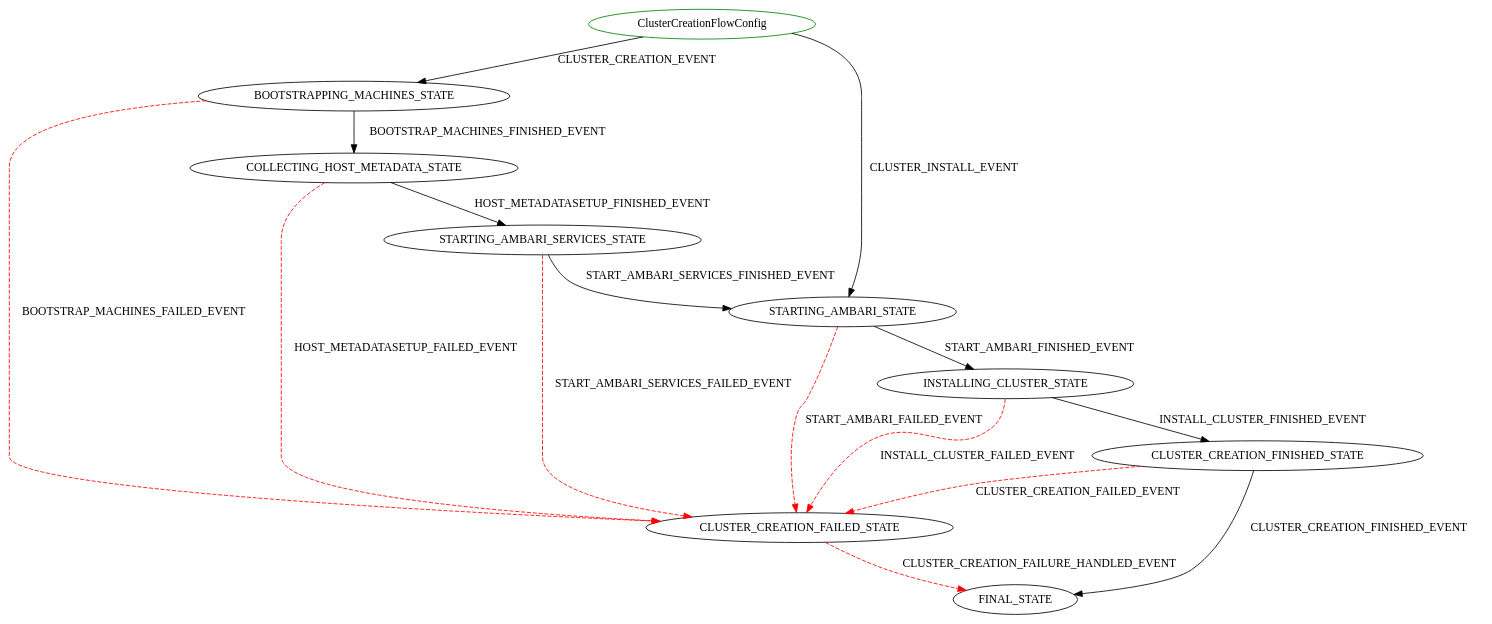
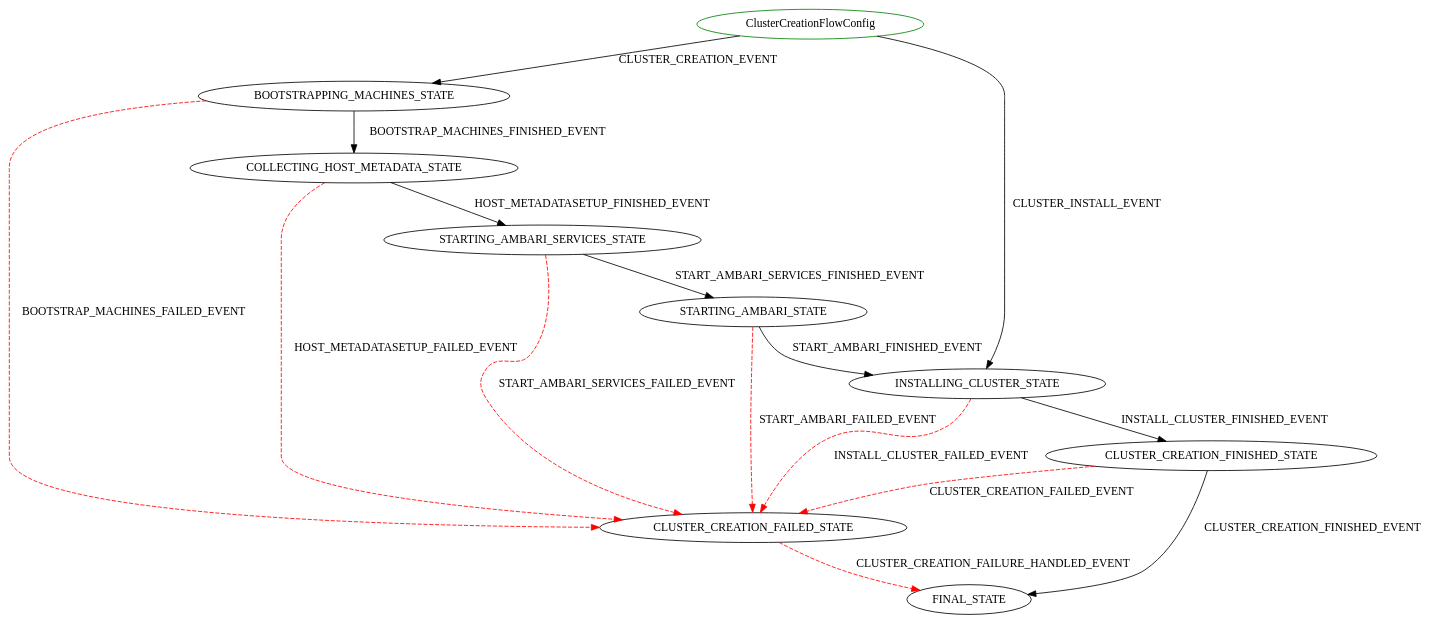
One commit to sequenceiq/cloudbreak-docs changed the diagram in docs/diagrams/ClusterCreationFlowConfig.dot. Above: the diagram before and after it, drawn with Graphviz. The commit also changed 7 other files, not shown here.

Commit message:
Upgrade flow graphs

```diff
--- a/docs/diagrams/ClusterCreationFlowConfig.dot
+++ b/docs/diagrams/ClusterCreationFlowConfig.dot
@@ -1,18 +1,18 @@
 digraph {
 INIT_STATE [label="ClusterCreationFlowConfig" shape=ellipse color=green];
 INIT_STATE -> BOOTSTRAPPING_MACHINES_STATE [label="CLUSTER_CREATION_EVENT" color=black style=solid];
-INIT_STATE -> STARTING_AMBARI_STATE [label="CLUSTER_INSTALL_EVENT" color=black style=solid];
+INIT_STATE -> INSTALLING_CLUSTER_STATE [label="CLUSTER_INSTALL_EVENT" color=black style=solid];
 BOOTSTRAPPING_MACHINES_STATE -> COLLECTING_HOST_METADATA_STATE [label="BOOTSTRAP_MACHINES_FINISHED_EVENT" color=black style=solid];
 BOOTSTRAPPING_MACHINES_STATE -> CLUSTER_CREATION_FAILED_STATE [label="BOOTSTRAP_MACHINES_FAILED_EVENT" color=red style=dashed];
 CLUSTER_CREATION_FAILED_STATE -> FINAL_STATE [label="CLUSTER_CREATION_FAILURE_HANDLED_EVENT" color=red style=dashed];
 COLLECTING_HOST_METADATA_STATE -> STARTING_AMBARI_SERVICES_STATE [label="HOST_METADATASETUP_FINISHED_EVENT" color=black style=solid];
 COLLECTING_HOST_METADATA_STATE -> CLUSTER_CREATION_FAILED_STATE [label="HOST_METADATASETUP_FAILED_EVENT" color=red style=dashed];
 STARTING_AMBARI_SERVICES_STATE -> STARTING_AMBARI_STATE [label="START_AMBARI_SERVICES_FINISHED_EVENT" color=black style=solid];
 STARTING_AMBARI_SERVICES_STATE -> CLUSTER_CREATION_FAILED_STATE [label="START_AMBARI_SERVICES_FAILED_EVENT" color=red style=dashed];
 STARTING_AMBARI_STATE -> INSTALLING_CLUSTER_STATE [label="START_AMBARI_FINISHED_EVENT" color=black style=solid];
 STARTING_AMBARI_STATE -> CLUSTER_CREATION_FAILED_STATE [label="START_AMBARI_FAILED_EVENT" color=red style=dashed];
 INSTALLING_CLUSTER_STATE -> CLUSTER_CREATION_FINISHED_STATE [label="INSTALL_CLUSTER_FINISHED_EVENT" color=black style=solid];
 INSTALLING_CLUSTER_STATE -> CLUSTER_CREATION_FAILED_STATE [label="INSTALL_CLUSTER_FAILED_EVENT" color=red style=dashed];
 CLUSTER_CREATION_FINISHED_STATE -> FINAL_STATE [label="CLUSTER_CREATION_FINISHED_EVENT" color=black style=solid];
 CLUSTER_CREATION_FINISHED_STATE -> CLUSTER_CREATION_FAILED_STATE [label="CLUSTER_CREATION_FAILED_EVENT" color=red style=dashed];
 }
```
